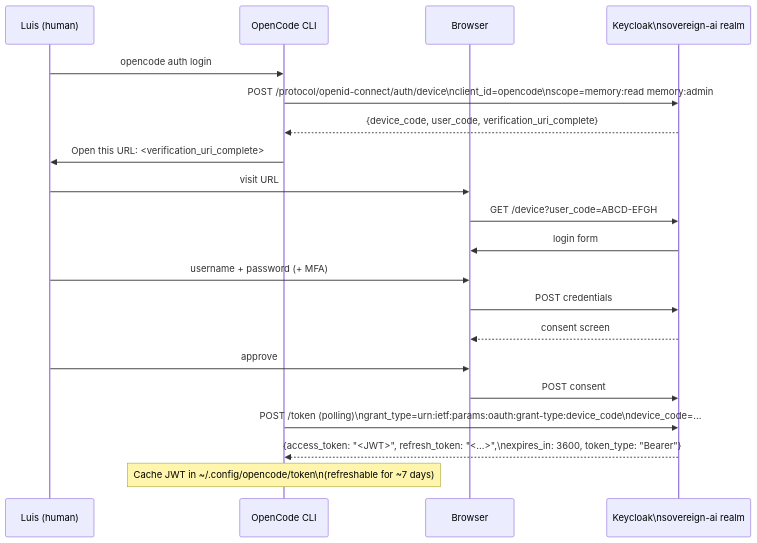
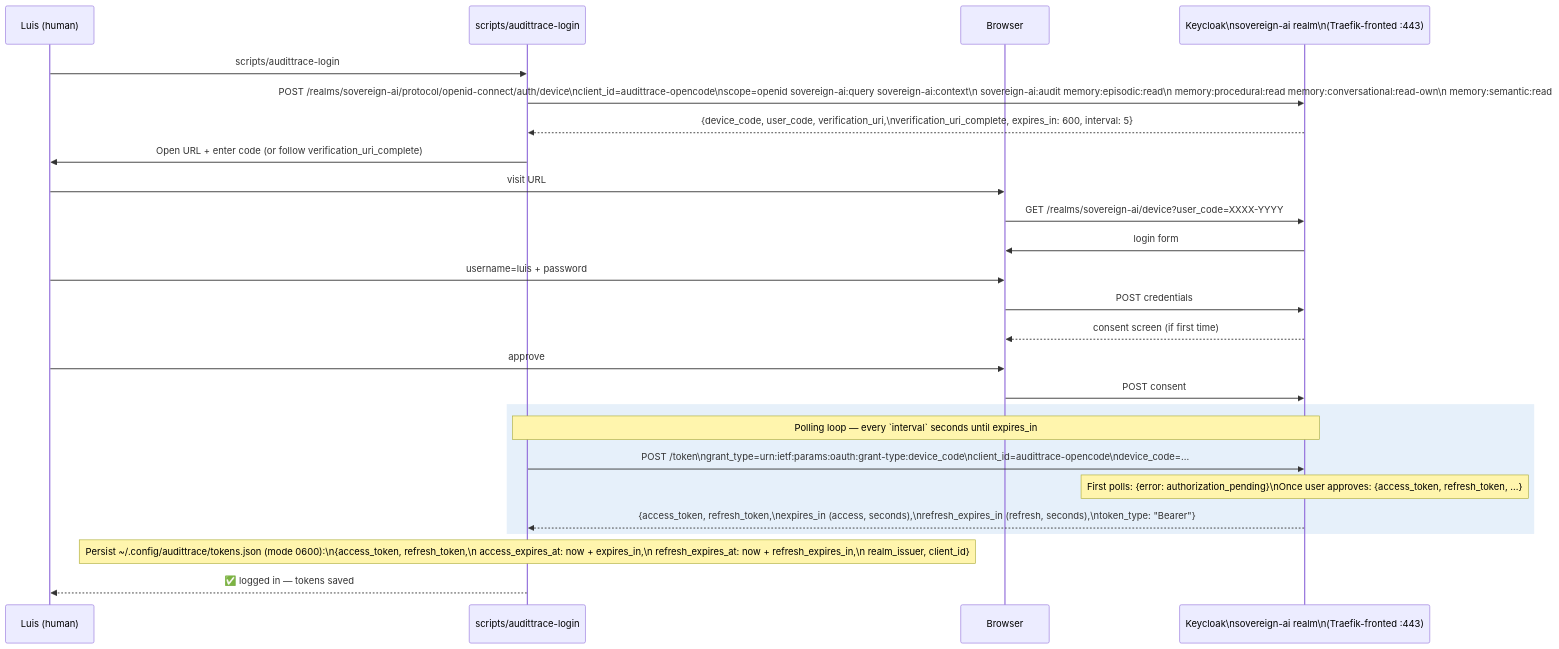
One commit to lfdesousa/AuditTrace-AI changed the first of 7 diagrams in docs/architecture/sequence-oauth2-flow.md. Above: the diagram before and after it, drawn with Mermaid. The commit also changed other lines of this file and 4 other files, not shown here.

````diff
--- a/docs/architecture/sequence-oauth2-flow.md
+++ b/docs/architecture/sequence-oauth2-flow.md
@@ -16,26 +32,31 @@
 ```mermaid
 sequenceDiagram
     participant User as Luis (human)
-    participant Agent as OpenCode CLI
+    participant CLI as scripts/audittrace-login
     participant Browser as Browser
-    participant KC as Keycloak\nsovereign-ai realm
+    participant KC as Keycloak\nsovereign-ai realm\n(Traefik-fronted :443)
 
-    User->>Agent: opencode auth login
-    Agent->>KC: POST /protocol/openid-connect/auth/device\nclient_id=opencode\nscope=memory:read memory:admin
-    KC-->>Agent: {device_code, user_code, verification_uri_complete}
+    User->>CLI: scripts/audittrace-login
+    CLI->>KC: POST /realms/sovereign-ai/protocol/openid-connect/auth/device\nclient_id=audittrace-opencode\nscope=openid sovereign-ai:query sovereign-ai:context\n      sovereign-ai:audit memory:episodic:read\n      memory:procedural:read memory:conversational:read-own\n      memory:semantic:read
+    KC-->>CLI: {device_code, user_code, verification_uri,\nverification_uri_complete, expires_in: 600, interval: 5}
 
-    Agent->>User: Open this URL: <verification_uri_complete>
+    CLI->>User: Open URL + enter code (or follow verification_uri_complete)
     User->>Browser: visit URL
-    Browser->>KC: GET /device?user_code=ABCD-EFGH
+    Browser->>KC: GET /realms/sovereign-ai/device?user_code=XXXX-YYYY
     KC->>Browser: login form
-    User->>Browser: username + password (+ MFA)
+    User->>Browser: username=luis + password
     Browser->>KC: POST credentials
-    KC-->>Browser: consent screen
+    KC-->>Browser: consent screen (if first time)
     User->>Browser: approve
     Browser->>KC: POST consent
 
-    Agent->>KC: POST /token (polling)\ngrant_type=urn:ietf:params:oauth:grant-type:device_code\ndevice_code=...
-    KC-->>Agent: {access_token: "<JWT>", refresh_token: "<...>",\nexpires_in: 3600, token_type: "Bearer"}
+    rect rgb(230, 240, 250)
+        Note over CLI,KC: Polling loop — every `interval` seconds until expires_in
+        CLI->>KC: POST /token\ngrant_type=urn:ietf:params:oauth:grant-type:device_code\nclient_id=audittrace-opencode\ndevice_code=...
+        Note over KC: First polls: {error: authorization_pending}\nOnce user approves: {access_token, refresh_token, ...}
+        KC-->>CLI: {access_token, refresh_token,\nexpires_in (access, seconds),\nrefresh_expires_in (refresh, seconds),\ntoken_type: "Bearer"}
+    end
 
-    Note over Agent: Cache JWT in ~/.config/opencode/token\n(refreshable for ~7 days)
+    Note over CLI: Persist ~/.config/audittrace/tokens.json (mode 0600):\n{access_token, refresh_token,\n access_expires_at: now + expires_in,\n refresh_expires_at: now + refresh_expires_in,\n realm_issuer, client_id}
+    CLI-->>User: ✅ logged in — tokens saved
 ```
````
